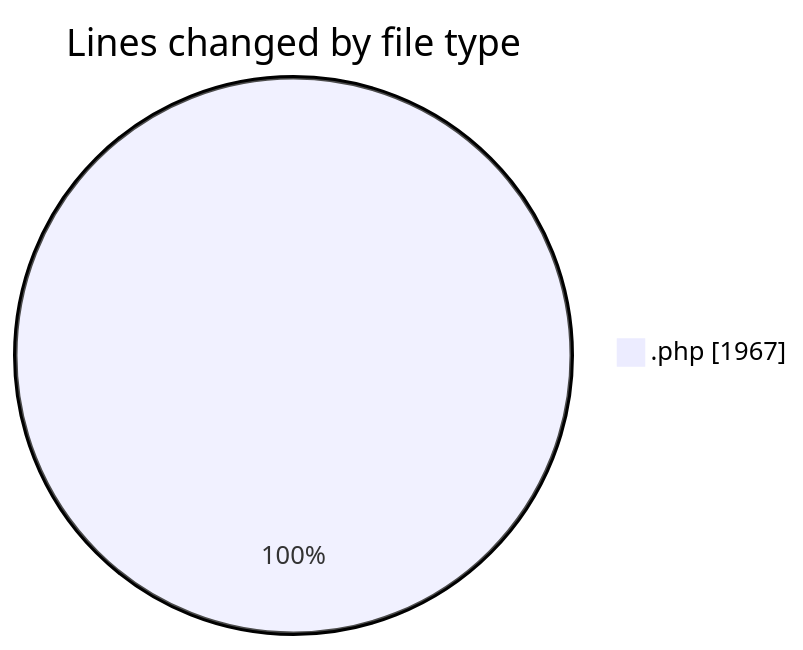
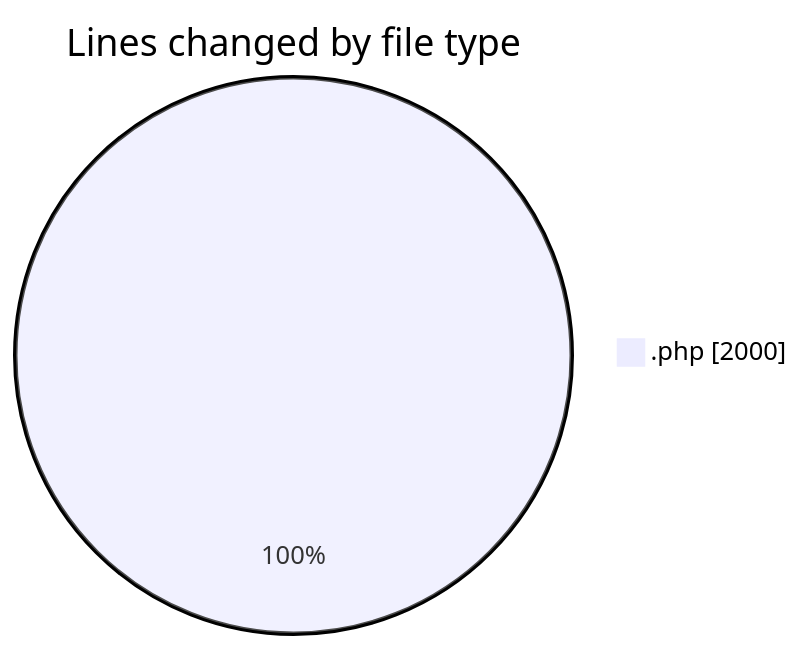
One commit to debugP/code-tracking changed the first of 2 diagrams in 2025-10-07/untitled__workspace_/README.md. Above: the diagram before and after it, drawn with Mermaid. The commit also changed other lines of this file and 1 other file, not shown here.

````diff
--- a/2025-10-07/untitled__workspace_/README.md
+++ b/2025-10-07/untitled__workspace_/README.md
@@ -21,5 +21,5 @@
 ```mermaid
 pie showData
 title Lines changed by file type
-".php" : 1967
+".php" : 2000
 ```
````
